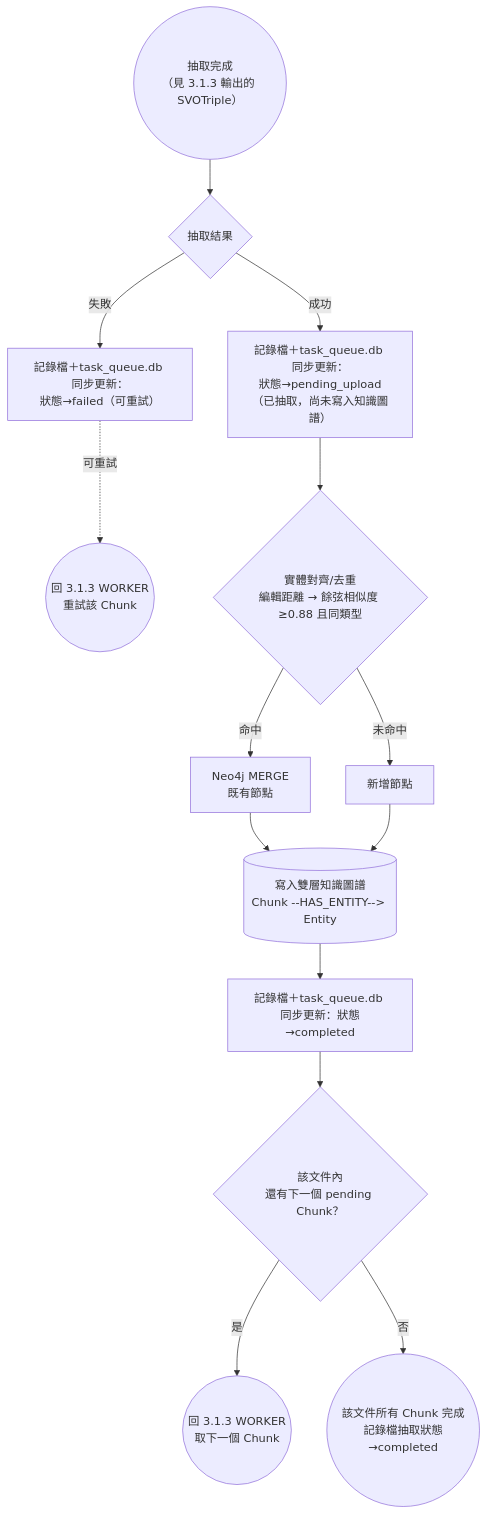
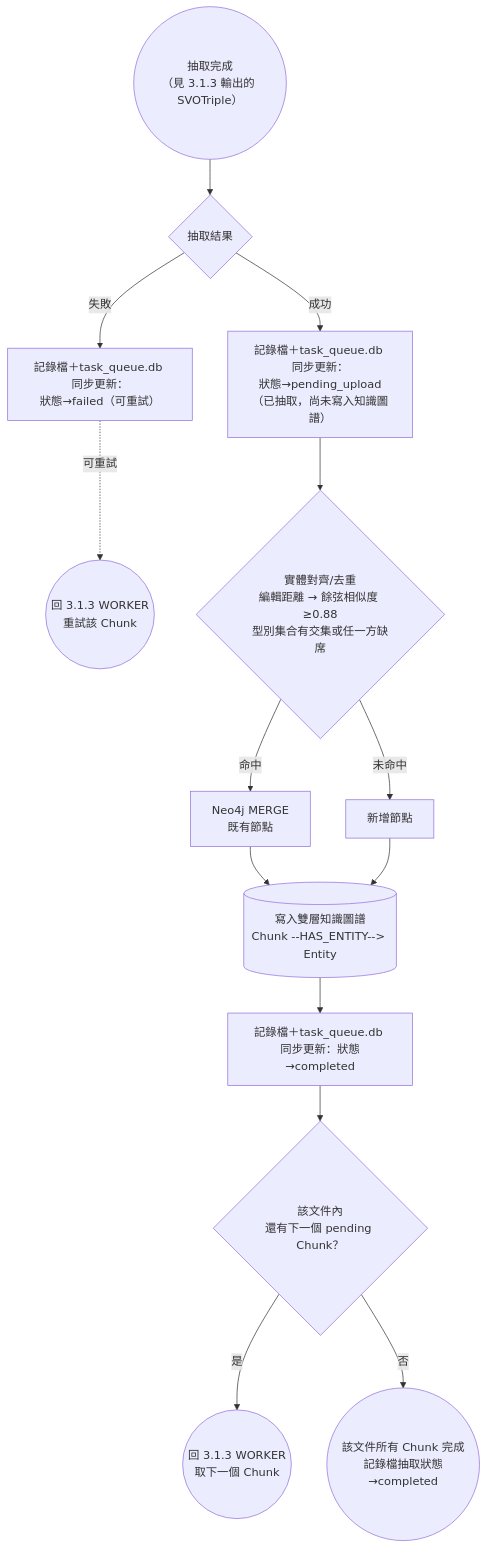
Before and after one commit to Chester930/world-knowledge-graph-rag: the sixth of 14 diagrams in docs/論文/03_系統設計與方法論.md, drawn with Mermaid. The commit also changed other lines of this file and 11 other files, not shown here.

````diff
--- a/docs/論文/03_系統設計與方法論.md
+++ b/docs/論文/03_系統設計與方法論.md
@@ -251,17 +257,17 @@
 ```mermaid
 flowchart TD
     HANDOFF4(("抽取完成<br/>（見 3.1.3 輸出的 SVOTriple）")) --> RESULT{"抽取結果"}
     RESULT -->|成功| UPLOAD["記錄檔＋task_queue.db 同步更新：<br/>狀態→pending_upload<br/>（已抽取，尚未寫入知識圖譜）"]
     RESULT -->|失敗| FAIL["記錄檔＋task_queue.db 同步更新：<br/>狀態→failed（可重試）"]
     FAIL -.->|可重試| RETRY(("回 3.1.3 WORKER<br/>重試該 Chunk"))
 
-    UPLOAD --> DEDUP4{"實體對齊/去重<br/>編輯距離 → 餘弦相似度 ≥0.88 且同類型"}
+    UPLOAD --> DEDUP4{"實體對齊/去重<br/>編輯距離 → 餘弦相似度 ≥0.88<br/>型別集合有交集或任一方缺席"}
     DEDUP4 -->|命中| MERGE4["Neo4j MERGE<br/>既有節點"]
     DEDUP4 -->|未命中| CREATE4["新增節點"]
     MERGE4 --> KG4[("寫入雙層知識圖譜<br/>Chunk --HAS_ENTITY--> Entity")]
     CREATE4 --> KG4
     KG4 --> DONE4["記錄檔＋task_queue.db 同步更新：狀態→completed"]
     DONE4 --> NEXT4{"該文件內<br/>還有下一個 pending Chunk？"}
     NEXT4 -->|是| RETRY2(("回 3.1.3 WORKER<br/>取下一個 Chunk"))
     NEXT4 -->|否| IDLE4(("該文件所有 Chunk 完成<br/>記錄檔抽取狀態→completed"))
 ```
````
